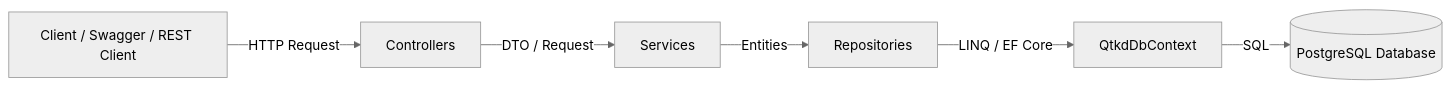
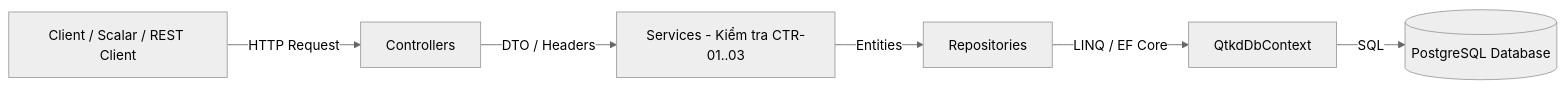
One commit to BrianNguyen2k5/23120295_QTKD changed the diagram in README.md. Above: the diagram before and after it, drawn with Mermaid (neutral theme). The commit also changed other lines of this file and 1 other file, not shown here.

````diff
--- a/README.md
+++ b/README.md
@@ -44,8 +46,8 @@
 ```mermaid
 graph LR
-    Client[Client / Swagger / REST Client] -->|HTTP Request| Controller[Controllers]
-    Controller -->|DTO / Request| Service[Services]
+    Client[Client / Scalar / REST Client] -->|HTTP Request| Controller[Controllers]
+    Controller -->|DTO / Headers| Service[Services - Kiểm tra CTR-01..03]
     Service -->|Entities| Repository[Repositories]
     Repository -->|LINQ / EF Core| DbContext[QtkdDbContext]
     DbContext -->|SQL| DB[(PostgreSQL Database)]
 ```
````
